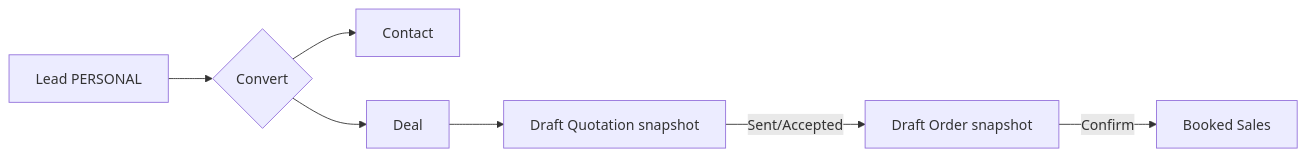
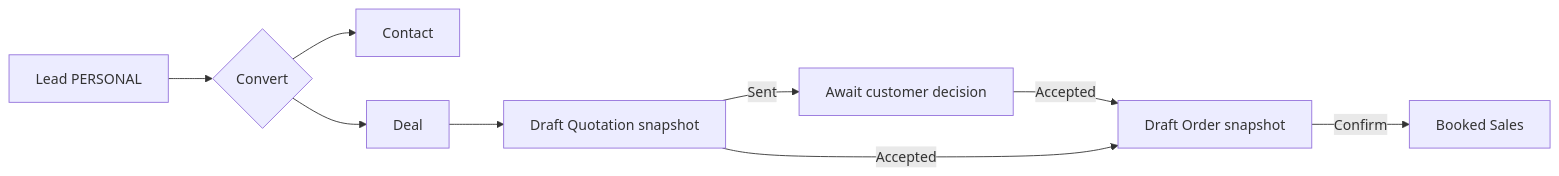
One commit to TuyenVont/doublet_crm changed the diagram in docs/workflows/WF_01_INDIVIDUAL_SALES.md. Above: the diagram before and after it, drawn with Mermaid. The commit also changed other lines of this file and 45 other files, not shown here.

````diff
--- a/docs/workflows/WF_01_INDIVIDUAL_SALES.md
+++ b/docs/workflows/WF_01_INDIVIDUAL_SALES.md
@@ -11,9 +12,11 @@
 ```mermaid
 flowchart LR
   L[Lead PERSONAL] --> C{Convert}
   C --> CT[Contact]
   C --> D[Deal]
   D --> Q[Draft Quotation snapshot]
-  Q -->|Sent/Accepted| O[Draft Order snapshot]
+  Q -->|Sent| S[Await customer decision]
+  S -->|Accepted| O[Draft Order snapshot]
+  Q -->|Accepted| O
   O -->|Confirm| B[Booked Sales]
 ```
````
